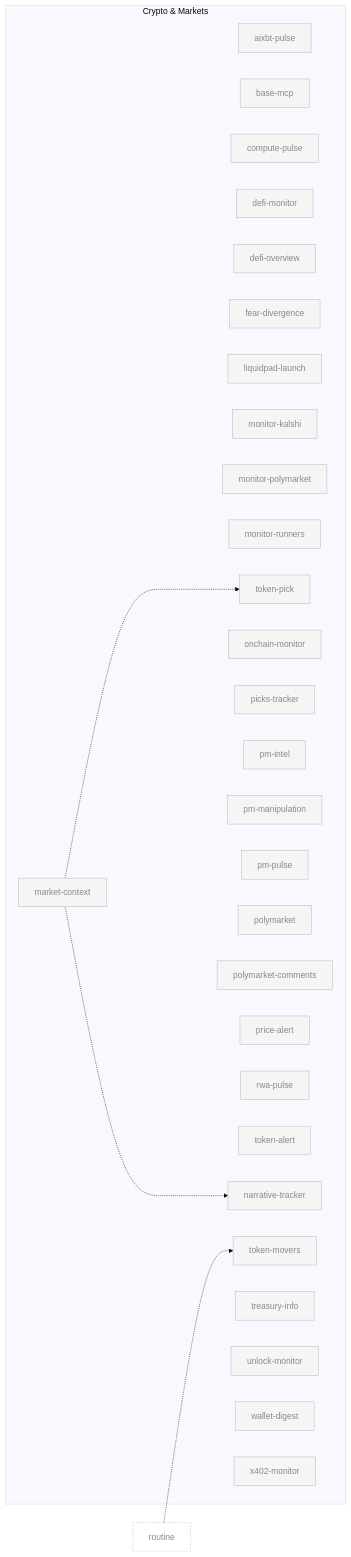
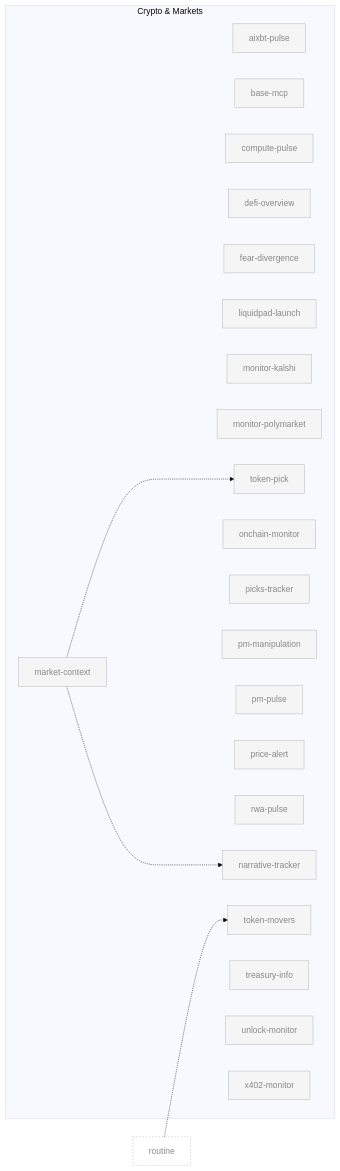
One commit to aeonfun/aeon changed the sixth of 10 diagrams in docs/skill-graph.md. Above: the diagram before and after it, drawn with Mermaid (base theme). The commit also changed other lines of this file and 1 other file, not shown here.

First line of the commit message:
docs: refresh skill gallery + prune skill-graph of deleted skills

````diff
--- a/docs/skill-graph.md
+++ b/docs/skill-graph.md
@@ -336,72 +325,58 @@
 ```mermaid
 flowchart LR
     subgraph crypto ["Crypto & Markets"]
         aixbt-pulse[aixbt-pulse]
         base-mcp[base-mcp]
         compute-pulse[compute-pulse]
-        defi-monitor[defi-monitor]
         defi-overview[defi-overview]
         fear-divergence[fear-divergence]
         liquidpad-launch[liquidpad-launch]
         market-context[market-context]
         monitor-kalshi[monitor-kalshi]
         monitor-polymarket[monitor-polymarket]
-        monitor-runners[monitor-runners]
         narrative-tracker[narrative-tracker]
         onchain-monitor[onchain-monitor]
         picks-tracker[picks-tracker]
-        pm-intel[pm-intel]
         pm-manipulation[pm-manipulation]
         pm-pulse[pm-pulse]
-        polymarket[polymarket]
-        polymarket-comments[polymarket-comments]
         price-alert[price-alert]
         rwa-pulse[rwa-pulse]
-        token-alert[token-alert]
         token-movers[token-movers]
         token-pick[token-pick]
         treasury-info[treasury-info]
         unlock-monitor[unlock-monitor]
-        wallet-digest[wallet-digest]
         x402-monitor[x402-monitor]
     end
 
     routine[routine]:::external
 
     routine -.-> token-movers
     market-context -..-> token-pick
     market-context -..-> narrative-tracker
 
     classDef default fill:#f5f5f5,stroke:#bbb,color:#888
     classDef enabled fill:#fff,stroke:#000,stroke-width:2px,color:#000
     classDef external fill:none,stroke:#bbb,stroke-dasharray:3 3,color:#888
     click aixbt-pulse "../skills/aixbt-pulse/SKILL.md"
     click base-mcp "../skills/base-mcp/SKILL.md"
     click compute-pulse "../skills/compute-pulse/SKILL.md"
-    click defi-monitor "../skills/defi-monitor/SKILL.md"
     click defi-overview "../skills/defi-overview/SKILL.md"
     click fear-divergence "../skills/fear-divergence/SKILL.md"
     click liquidpad-launch "../skills/liquidpad-launch/SKILL.md"
     click market-context "../skills/market-context/SKILL.md"
     click monitor-kalshi "../skills/monitor-kalshi/SKILL.md"
     click monitor-polymarket "../skills/monitor-polymarket/SKILL.md"
-    click monitor-runners "../skills/monitor-runners/SKILL.md"
     click narrative-tracker "../skills/narrative-tracker/SKILL.md"
     click onchain-monitor "../skills/onchain-monitor/SKILL.md"
     click picks-tracker "../skills/picks-tracker/SKILL.md"
-    click pm-intel "../skills/pm-intel/SKILL.md"
     click pm-manipulation "../skills/pm-manipulation/SKILL.md"
     click pm-pulse "../skills/pm-pulse/SKILL.md"
-    click polymarket "../skills/polymarket/SKILL.md"
-    click polymarket-comments "../skills/polymarket-comments/SKILL.md"
     click price-alert "../skills/price-alert/SKILL.md"
     click rwa-pulse "../skills/rwa-pulse/SKILL.md"
-    click token-alert "../skills/token-alert/SKILL.md"
     click token-movers "../skills/token-movers/SKILL.md"
     click token-pick "../skills/token-pick/SKILL.md"
     click treasury-info "../skills/treasury-info/SKILL.md"
     click unlock-monitor "../skills/unlock-monitor/SKILL.md"
-    click wallet-digest "../skills/wallet-digest/SKILL.md"
     click x402-monitor "../skills/x402-monitor/SKILL.md"
     click routine "../skills/routine/SKILL.md"
 ```
````
